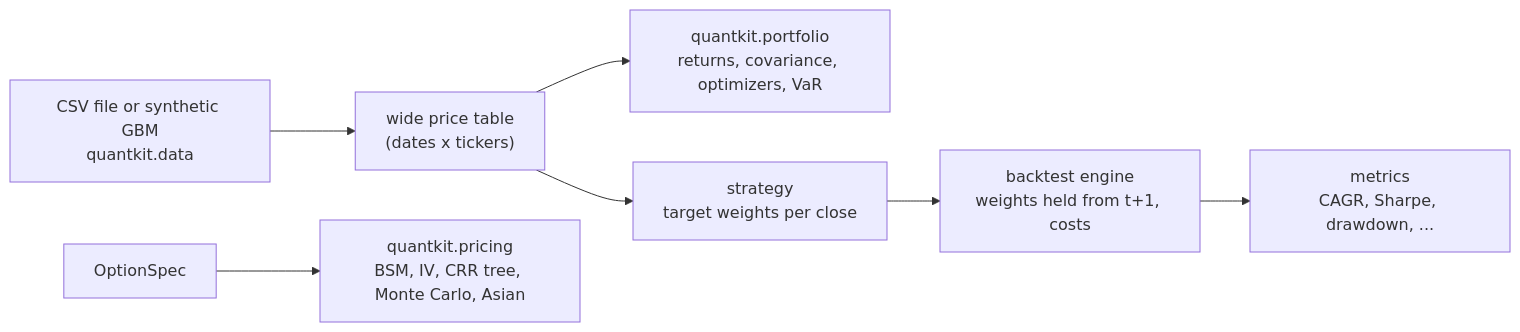
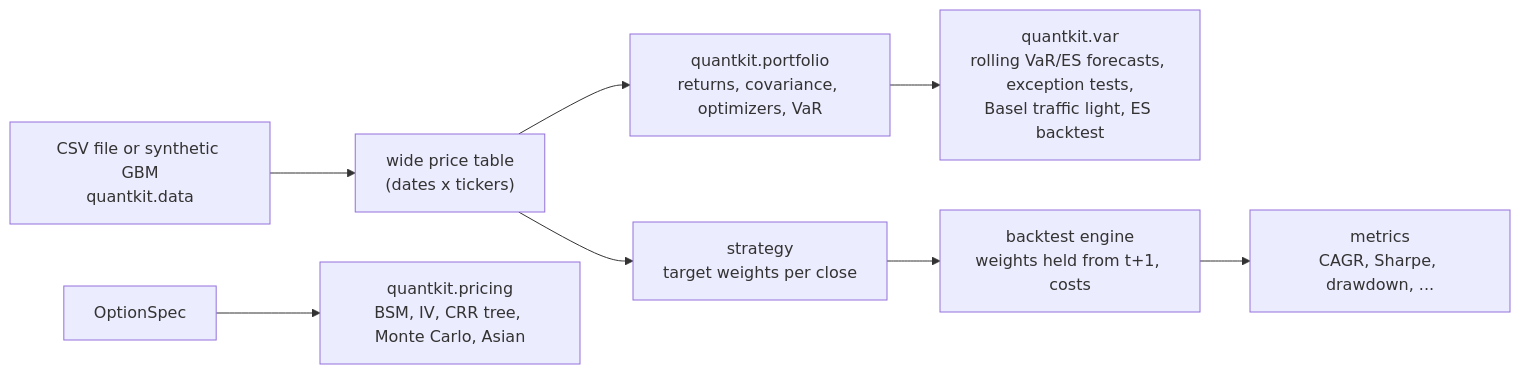
The diagram in README.md (ult666666/quantkit), drawn with Mermaid before and after one commit. The commit also changed other lines of this file and 21 other files, not shown here.

First line of the commit message:
Add VaR model validation: rolling forecasts and backtests (#4)

````diff
--- a/README.md
+++ b/README.md
@@ -230,9 +331,10 @@
 ```mermaid
 flowchart LR
     CSV["CSV file or synthetic GBM<br/>quantkit.data"] --> PX["wide price table<br/>(dates x tickers)"]
     PX --> PF["quantkit.portfolio<br/>returns, covariance, optimizers, VaR"]
+    PF --> VR["quantkit.var<br/>rolling VaR/ES forecasts, exception tests,<br/>Basel traffic light, ES backtest"]
     PX --> ST["strategy<br/>target weights per close"]
     ST --> EN["backtest engine<br/>weights held from t+1, costs"]
     EN --> MT["metrics<br/>CAGR, Sharpe, drawdown, ..."]
     OS["OptionSpec"] --> PR["quantkit.pricing<br/>BSM, IV, CRR tree, Monte Carlo, Asian"]
 ```
````
